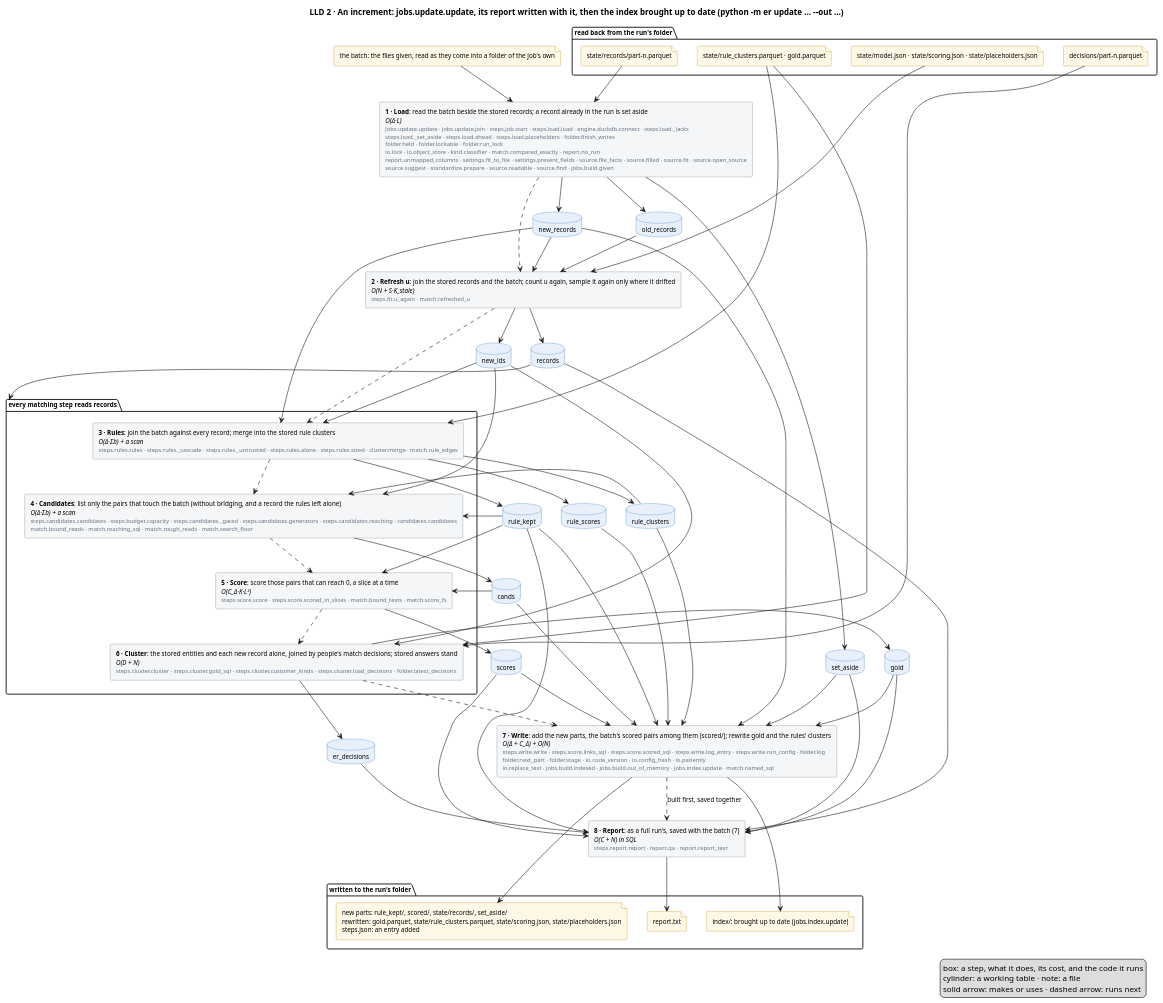
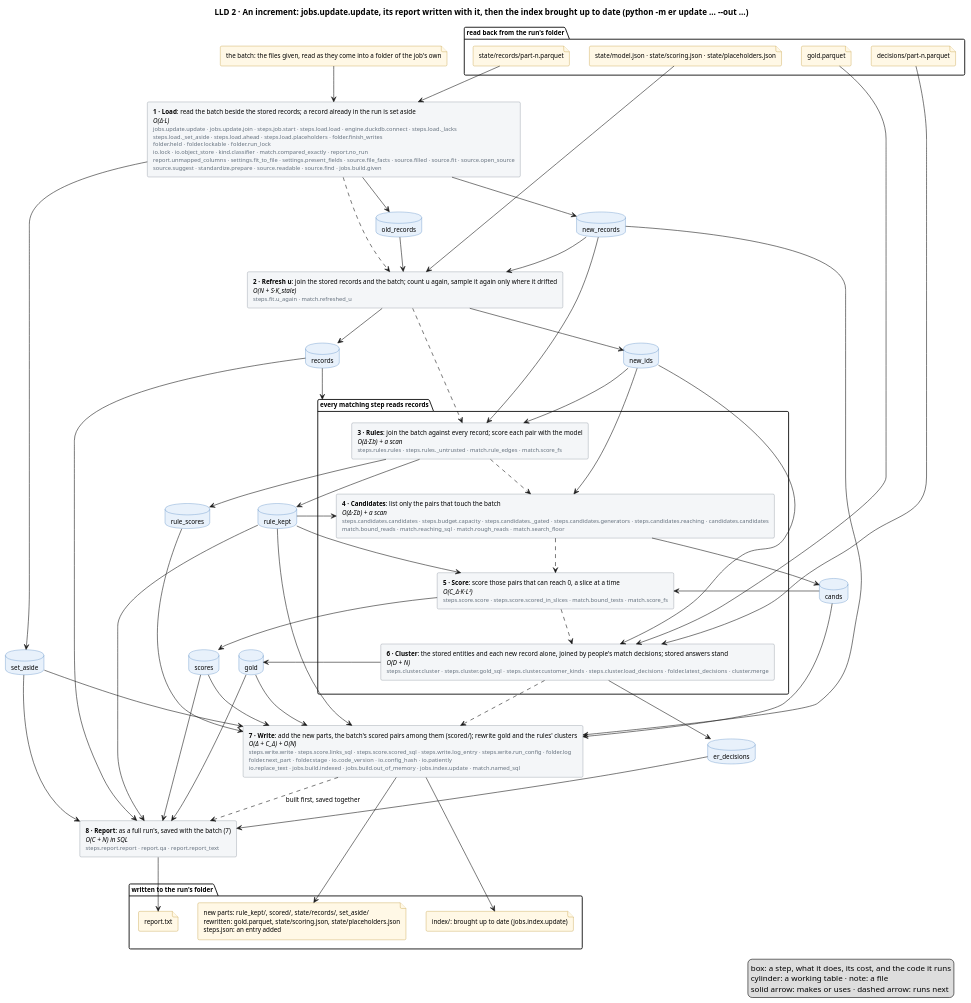
The diagram in docs/diagrams/increment.puml (mvsbm/entity_matching), drawn with PlantUML before and after one commit. The commit also changed 25 other files, not shown here.

```diff
--- a/docs/diagrams/increment.puml
+++ b/docs/diagrams/increment.puml
@@ -1,116 +1,111 @@
 @startuml increment
 title LLD 2 · An increment: jobs.update.update, its report written with it, then the index brought up to date (python -m er update … ~--out …)
 skinparam defaultFontSize 11
 skinparam rectangle {
   BackgroundColor #F4F6F8
   BorderColor #65717E
 }
 skinparam database {
   BackgroundColor #E8F1FB
   BorderColor #2C6DB3
 }
 skinparam file {
   BackgroundColor #FFF8E6
   BorderColor #B07D00
 }
 
 package "read back from the run's folder" {
   file "state/model.json · state/scoring.json · state/placeholders.json" as f_model
   file "state/records/part-n.parquet" as f_records
-  file "state/rule_clusters.parquet · gold.parquet" as f_clusters
+  file "gold.parquet" as f_clusters
   file "decisions/part-n.parquet" as f_sheet
 }
 file "the batch: the files given, read as they come into a folder of the job's own" as f_batch
 
 
 rectangle "<b>1 · Load</b>: read the batch beside the stored records; a record already in the run is set aside\n<i>O(Δ·L)</i>\n<size:10><color:#65717E>jobs.update.update · jobs.update.join · steps.job.start · steps.load.load · engine.duckdb.connect · steps.load._lacks</color></size>\n<size:10><color:#65717E>steps.load._set_aside · steps.load.ahead · steps.load.placeholders · folder.finish_writes</color></size>\n<size:10><color:#65717E>folder.held · folder.lockable · folder.run_lock</color></size>\n<size:10><color:#65717E>io.lock · io.object_store · kind.classifier · match.compared_exactly · report.no_run</color></size>\n<size:10><color:#65717E>report.unmapped_columns · settings.fit_to_file · settings.present_fields · source.file_facts · source.filled · source.fit · source.open_source</color></size>\n<size:10><color:#65717E>source.suggest · standardize.prepare · source.readable · source.find · jobs.build.given</color></size>" as load
 rectangle "<b>2 · Refresh u</b>: join the stored records and the batch; count u again, sample it again only where it drifted\n<i>O(N + S·K_stale)</i>\n<size:10><color:#65717E>steps.fit.u_again · match.refreshed_u</color></size>" as fit
 package "every matching step reads records" as matching {
-  rectangle "<b>3 · Rules</b>: join the batch against every record; merge into the stored rule clusters\n<i>O(Δ·Σb) + a scan</i>\n<size:10><color:#65717E>steps.rules.rules · steps.rules._cascade · steps.rules._untrusted · steps.rules.alone · steps.rules.sized · cluster.merge · match.rule_edges</color></size>" as rules
-  rectangle "<b>4 · Candidates</b>: list only the pairs that touch the batch (without bridging, and a record the rules left alone)\n<i>O(Δ·Σb) + a scan</i>\n<size:10><color:#65717E>steps.candidates.candidates · steps.budget.capacity · steps.candidates._gated · steps.candidates.generators · steps.candidates.reaching · candidates.candidates</color></size>\n<size:10><color:#65717E>match.bound_reads · match.reaching_sql · match.rough_reads · match.search_floor</color></size>" as candidates
+  rectangle "<b>3 · Rules</b>: join the batch against every record; score each pair with the model\n<i>O(Δ·Σb) + a scan</i>\n<size:10><color:#65717E>steps.rules.rules · steps.rules._untrusted · match.rule_edges · match.score_fs</color></size>" as rules
+  rectangle "<b>4 · Candidates</b>: list only the pairs that touch the batch\n<i>O(Δ·Σb) + a scan</i>\n<size:10><color:#65717E>steps.candidates.candidates · steps.budget.capacity · steps.candidates._gated · steps.candidates.generators · steps.candidates.reaching · candidates.candidates</color></size>\n<size:10><color:#65717E>match.bound_reads · match.reaching_sql · match.rough_reads · match.search_floor</color></size>" as candidates
   rectangle "<b>5 · Score</b>: score those pairs that can reach 0, a slice at a time\n<i>O(C_Δ·K·L²)</i>\n<size:10><color:#65717E>steps.score.score · steps.score.scored_in_slices · match.bound_tests · match.score_fs</color></size>" as score
-  rectangle "<b>6 · Cluster</b>: the stored entities and each new record alone, joined by people's match decisions; stored answers stand\n<i>O(D + N)</i>\n<size:10><color:#65717E>steps.cluster.cluster · steps.cluster.gold_sql · steps.cluster.customer_kinds · steps.cluster.load_decisions · folder.latest_decisions</color></size>" as cluster
+  rectangle "<b>6 · Cluster</b>: the stored entities and each new record alone, joined by people's match decisions; stored answers stand\n<i>O(D + N)</i>\n<size:10><color:#65717E>steps.cluster.cluster · steps.cluster.gold_sql · steps.cluster.customer_kinds · steps.cluster.load_decisions · folder.latest_decisions · cluster.merge</color></size>" as cluster
 }
 rectangle "<b>7 · Write</b>: add the new parts, the batch's scored pairs among them (scored/); rewrite gold and the rules' clusters\n<i>O(Δ + C_Δ) + O(N)</i>\n<size:10><color:#65717E>steps.write.write · steps.score.links_sql · steps.score.scored_sql · steps.write.log_entry · steps.write.run_config · folder.log</color></size>\n<size:10><color:#65717E>folder.next_part · folder.stage · io.code_version · io.config_hash · io.patiently</color></size>\n<size:10><color:#65717E>io.replace_text · jobs.build.indexed · jobs.build.out_of_memory · jobs.index.update · match.named_sql</color></size>" as write
 rectangle "<b>8 · Report</b>: as a full run's, saved with the batch (7)\n<i>O(C + N) in SQL</i>\n<size:10><color:#65717E>steps.report.report · report.qa · report.report_text</color></size>" as report
 database "old_records" as old_records
 database "new_records" as new_records
 database "set_aside" as set_aside
 database "records" as records
 database "new_ids" as new_ids
-database "rule_clusters" as rule_clusters
 database "rule_kept" as rule_kept
 database "cands" as cands
 database "scores" as scores
 database "rule_scores" as rule_scores
 database "gold" as gold
 database "er_decisions" as er_decisions
 
 package "written to the run's folder" {
-  file "new parts: rule_kept/, scored/, state/records/, set_aside/\nrewritten: gold.parquet, state/rule_clusters.parquet, state/scoring.json, state/placeholders.json\nsteps.json: an entry added" as f_out
+  file "new parts: rule_kept/, scored/, state/records/, set_aside/\nrewritten: gold.parquet, state/scoring.json, state/placeholders.json\nsteps.json: an entry added" as f_out
   file "report.txt" as f_people
   file "index/: brought up to date (jobs.index.update)" as f_index
 }
 
 f_batch --> load
 f_records --> load
 f_model --> fit
-f_clusters --> rules
 f_clusters --> cluster
 f_sheet --> cluster
 
 load ..> fit
 fit ..> rules
 rules ..> candidates
 candidates ..> score
 score ..> cluster
 cluster ..> write
 write ..> report : built first, saved together
 
 load --> old_records
 load --> new_records
 load --> set_aside
 old_records --> fit
 new_records --> fit
 fit --> records
 fit --> new_ids
 records --> matching
 new_records --> rules
 new_ids --> rules
-rules --> rule_clusters
 rules --> rule_kept
 rules --> rule_scores
 rule_scores --> write
 cands --> write
 scores --> write
 new_ids --> candidates
 candidates --> cands
 cands --> score
 score --> scores
 new_ids --> cluster
-rule_clusters --> candidates
 cluster --> gold
 cluster --> er_decisions
 new_records --> write
-rule_clusters --> write
 rule_kept --> write
 rule_kept --> score
 rule_kept --> candidates
 rule_kept --> report
 gold --> write
 set_aside --> write
 records --> report
 scores --> report
 gold --> report
 er_decisions --> report
 set_aside --> report
 
 write --> f_out
 write --> f_index
 report --> f_people
 legend right
   box: a step, what it does, its cost, and the code it runs
   cylinder: a working table · note: a file
   solid arrow: makes or uses · dashed arrow: runs next
 endlegend
 @enduml
```
